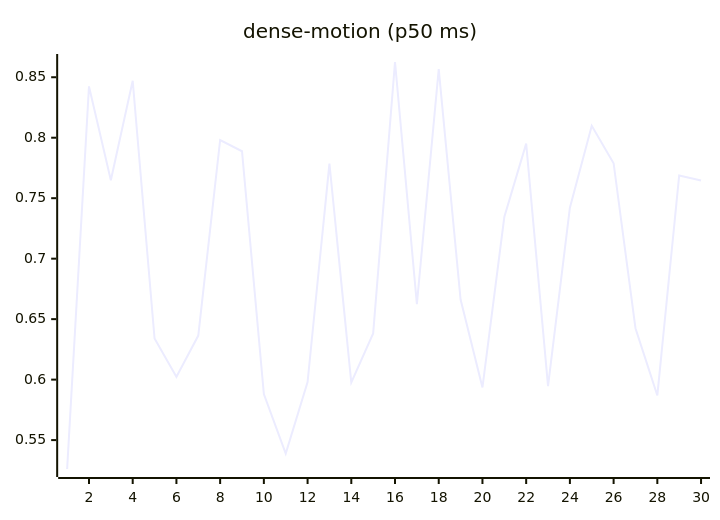
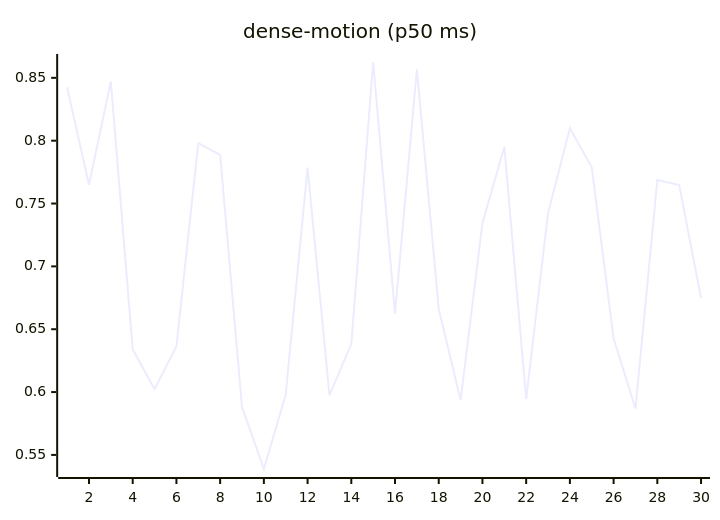
The ninth of 27 diagrams in README.md (josha/Facet), drawn with Mermaid before and after one commit. The commit also changed other lines of this file and 2 other files, not shown here.

````diff
--- a/README.md
+++ b/README.md
@@ -119,6 +119,6 @@
 ```mermaid
 xychart-beta
     title "dense-motion (p50 ms)"
     x-axis 1 --> 30
-    line [0.5261, 0.8424, 0.7649, 0.8471, 0.6340, 0.6023, 0.6364, 0.7981, 0.7888, 0.5881, 0.5388, 0.5980, 0.7785, 0.5976, 0.6382, 0.8626, 0.6624, 0.8567, 0.6662, 0.5935, 0.7344, 0.7951, 0.5946, 0.7422, 0.8099, 0.7789, 0.6425, 0.5869, 0.7688, 0.7647]
+    line [0.8424, 0.7649, 0.8471, 0.6340, 0.6023, 0.6364, 0.7981, 0.7888, 0.5881, 0.5388, 0.5980, 0.7785, 0.5976, 0.6382, 0.8626, 0.6624, 0.8567, 0.6662, 0.5935, 0.7344, 0.7951, 0.5946, 0.7422, 0.8099, 0.7789, 0.6425, 0.5869, 0.7688, 0.7647, 0.6747]
 ```
````
